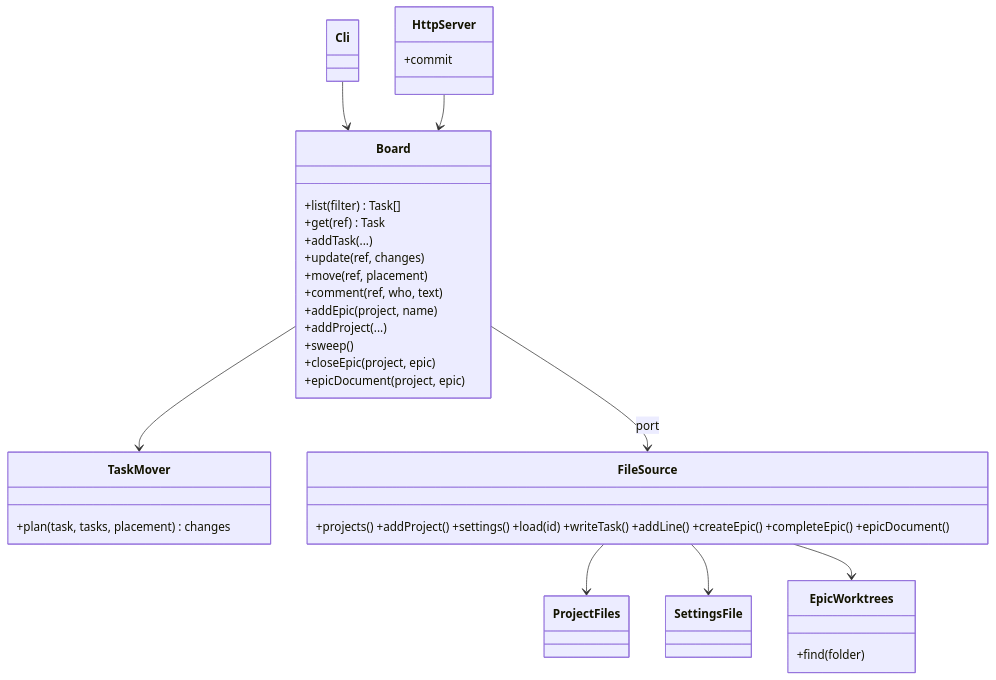
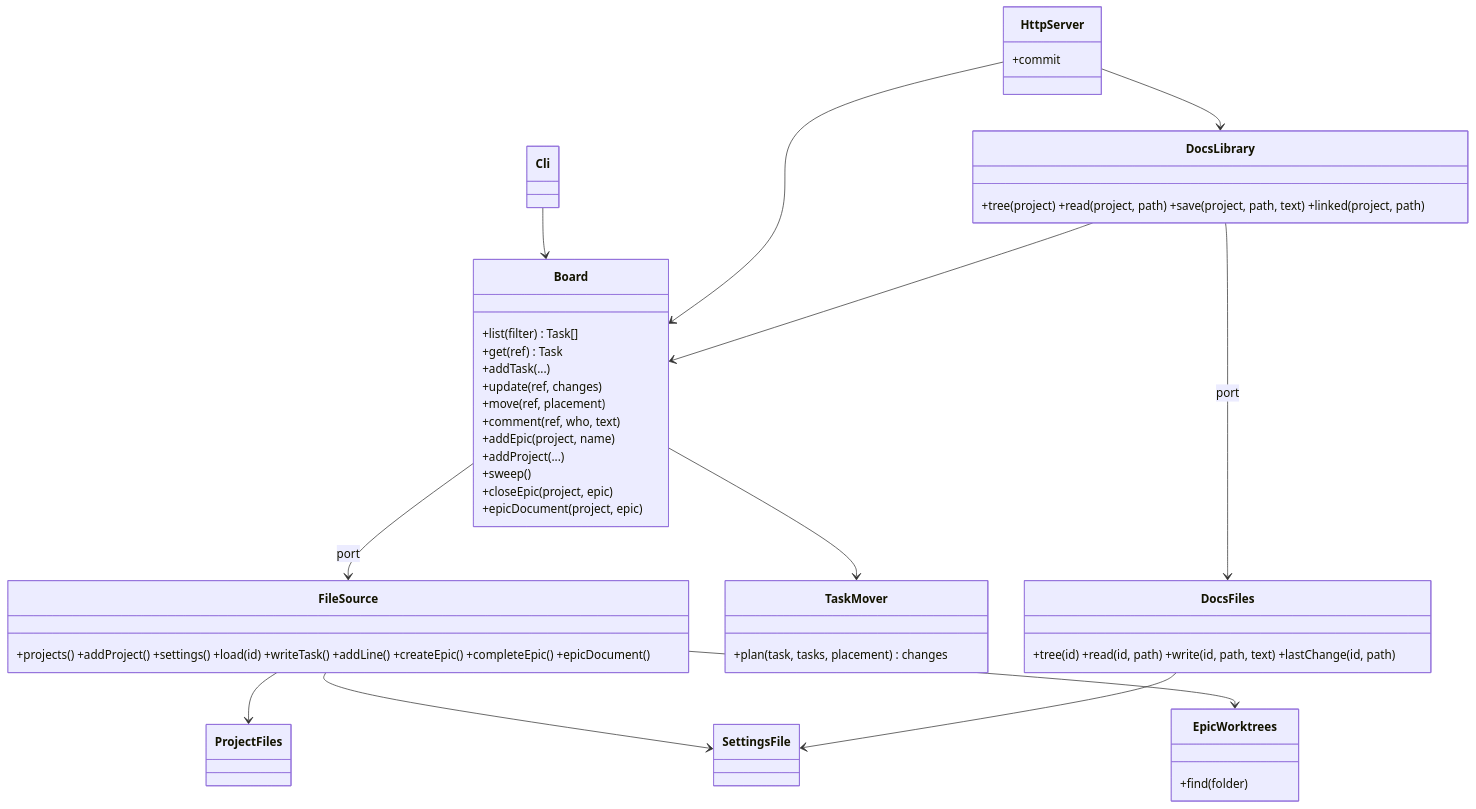
The diagram in Docs/Architecture.md (TabuNuf/doit), drawn with Mermaid before and after one commit. The commit also changed other lines of this file and 9 other files, not shown here.

First line of the commit message:
T-003.1: a project's docs tree and documents are readable through the API, kept inside the docs folder

````diff
--- a/Docs/Architecture.md
+++ b/Docs/Architecture.md
@@ -39,30 +41,36 @@
 ```mermaid
 classDiagram
   class Board {
     +list(filter) Task[]
     +get(ref) Task
     +addTask(...)
     +update(ref, changes)
     +move(ref, placement)
     +comment(ref, who, text)
     +addEpic(project, name)
     +addProject(...)
     +sweep()
     +closeEpic(project, epic)
     +epicDocument(project, epic)
   }
+  class DocsLibrary { +tree(project) +read(project, path) +save(project, path, text) +linked(project, path) }
+  class DocsFiles { +tree(id) +read(id, path) +write(id, path, text) +lastChange(id, path) }
   class TaskMover { +plan(task, tasks, placement) changes }
   class FileSource { +projects() +addProject() +settings() +load(id) +writeTask() +addLine() +createEpic() +completeEpic() +epicDocument() }
   class ProjectFiles
   class SettingsFile
   class EpicWorktrees { +find(folder) }
   class Cli
   class HttpServer { +commit }
   Board --> TaskMover
   Board --> FileSource : port
   FileSource --> ProjectFiles
   FileSource --> SettingsFile
   FileSource --> EpicWorktrees
   Cli --> Board
   HttpServer --> Board
+  HttpServer --> DocsLibrary
+  DocsLibrary --> Board
+  DocsLibrary --> DocsFiles : port
+  DocsFiles --> SettingsFile
 ```
````
